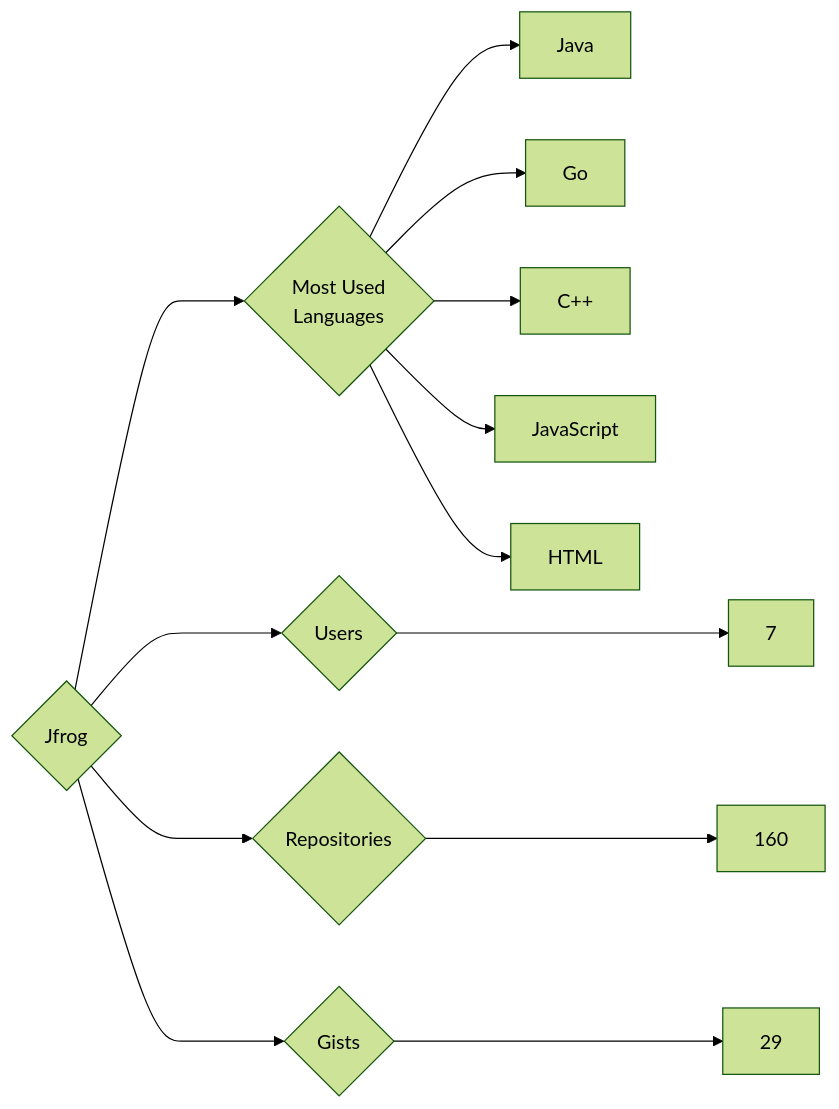
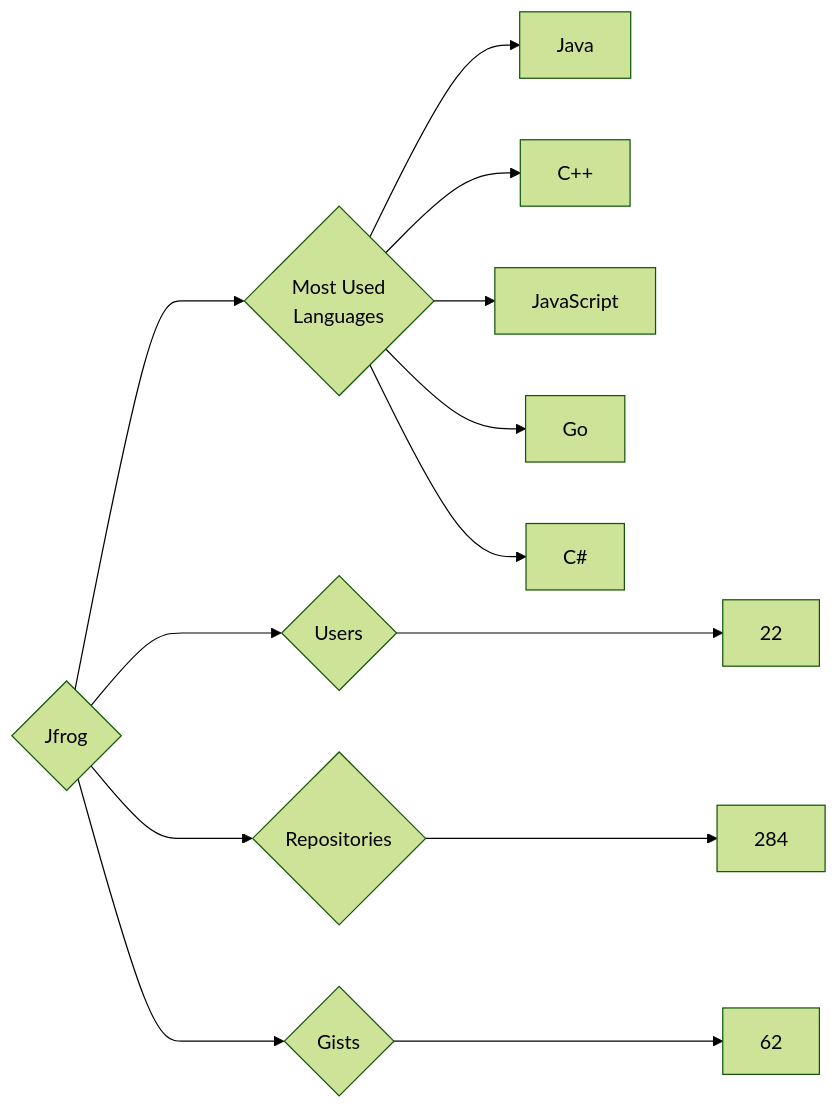
The diagram in targets/Jfrog/README.md (trickest/insiders), drawn with Mermaid (forest theme) before and after one commit. The commit also changed 837 other files, not shown here.

````diff
--- a/targets/Jfrog/README.md
+++ b/targets/Jfrog/README.md
@@ -3,13 +3,13 @@
 ```mermaid
 graph LR
 COMPANY_NAME{Jfrog}
-COMPANY_NAME ---> U{Users} ---> UN[7]
-COMPANY_NAME ---> R{Repositories} ---> RN[160]
-COMPANY_NAME ---> G{Gists} ---> GN[29]
+COMPANY_NAME ---> U{Users} ---> UN[22]
+COMPANY_NAME ---> R{Repositories} ---> RN[284]
+COMPANY_NAME ---> G{Gists} ---> GN[62]
 COMPANY_NAME ---> ML{Most Used<br>Languages}
 ML --> Java[Java]
-ML --> Go[Go]
 ML --> C++[C++]
 ML --> JavaScript[JavaScript]
-ML --> HTML[HTML]
+ML --> Go[Go]
+ML --> C#[C#]
 ```
````
